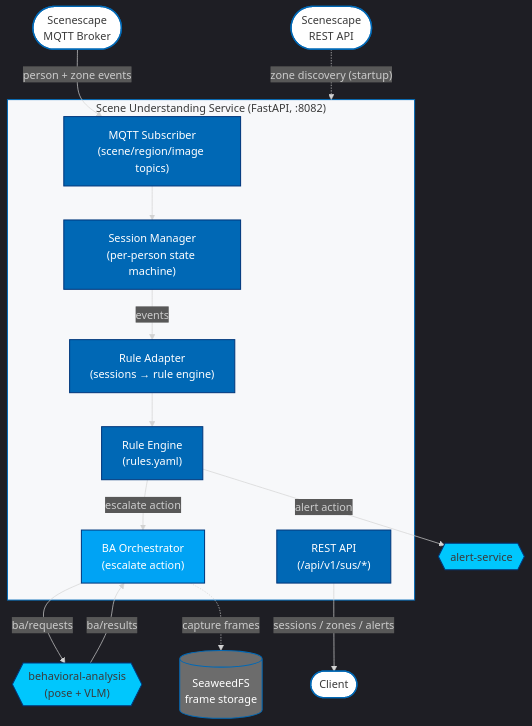
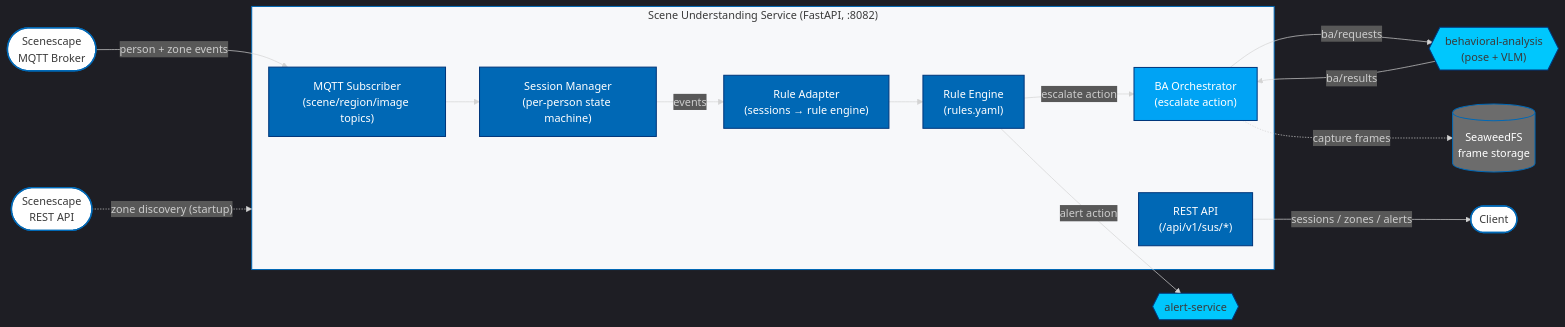
Before and after one commit to open-edge-platform/edge-ai-libraries: the diagram in microservices/scene-understanding-service/docs/user-guide/how-it-works.md, drawn with Mermaid.

Commit message:
SUS-Mermaid-revert-flow-dir

````diff
--- a/microservices/scene-understanding-service/docs/user-guide/how-it-works.md
+++ b/microservices/scene-understanding-service/docs/user-guide/how-it-works.md
@@ -13,68 +13,68 @@
 ```mermaid
 ---
-config: {"theme": "dark", "markdownAutoWrap": "false"}
+config: {"theme": "dark"}
 ---
 %%{init: {
   'theme': 'base',
   'themeVariables': {
     'fontFamily': '"IntelOne Display", "Intel Clear", "Inter", "Segoe UI", Arial, sans-serif',
     'fontSize': '14px',
     'primaryColor': '#0068B5',
     'primaryTextColor': '#FFFFFF',
     'primaryBorderColor': '#00377C',
     'lineColor': '#00377C',
     'secondaryColor': '#EEF3F8',
     'tertiaryColor': '#F7F8FA',
     'background': '#FFFFFF',
     'mainBkg': '#FFFFFF',
     'clusterBkg': '#F7F8FA',
     'clusterBorder': '#0068B5',
     'edgeLabelBackground': '#FFFFFF',
     'noteBkgColor': '#F7F8FA',
     'noteTextColor': '#3A3A3A'
   }
 }}%%
-flowchart TB
+flowchart LR
     Scene([Scenescape<br/>MQTT Broker])
     SceneAPI([Scenescape<br/>REST API])
 
-    subgraph Service["Scene Understanding Service (FastAPI, :8082)<br/>"]
+    subgraph Service["Scene Understanding Service (FastAPI, :8082)"]
 
         MQTT["MQTT Subscriber<br/>(scene/region/image topics)"]
         SM["Session Manager<br/>(per-person state machine)"]
         RA["Rule Adapter<br/>(sessions → rule engine)"]
         RE["Rule Engine<br/>(rules.yaml)"]
         BA["BA Orchestrator<br/>(escalate action)"]
         API["REST API<br/>(/api/v1/sus/*)"]
     end
 
     SeaweedFS[("SeaweedFS<br/>frame storage")]
     BAWorker{{"behavioral-analysis<br/>(pose + VLM)"}}
     AlertSvc{{"alert-service"}}
 
     Scene -- "person + zone events" --> MQTT
     MQTT --> SM
     SM -- "events" --> RA
     RA --> RE
     RE -- "alert action" --> AlertSvc
     RE -- "escalate action" --> BA
     BA -- "ba/requests" --> BAWorker
     BAWorker -- "ba/results" --> BA
     BA -. "capture frames" .-> SeaweedFS
     SceneAPI -. "zone discovery (startup)" .-> Service
     API -- "sessions / zones / alerts" --> Client([Client])
 
     classDef client fill:#FFFFFF,stroke:#0068B5,stroke-width:2px,color:#3A3A3A;
     classDef core fill:#0068B5,stroke:#00377C,stroke-width:1.5px,color:#FFFFFF;
     classDef backend fill:#00A3F4,stroke:#00377C,stroke-width:1.5px,color:#FFFFFF;
     classDef store fill:#6C6C6C,stroke:#0068B5,stroke-width:1.5px,color:#FFFFFF;
     classDef ext fill:#00C7FD,stroke:#00377C,stroke-width:1.5px,color:#3A3A3A;
 
     class Client,Scene,SceneAPI client;
     class MQTT,SM,RA,RE,API core;
     class BA backend;
     class SeaweedFS store;
     class BAWorker,AlertSvc ext;
 
     style Service fill:#F7F8FA,stroke:#0068B5,stroke-width:1.5px,color:#3A3A3A;
 ```
````
